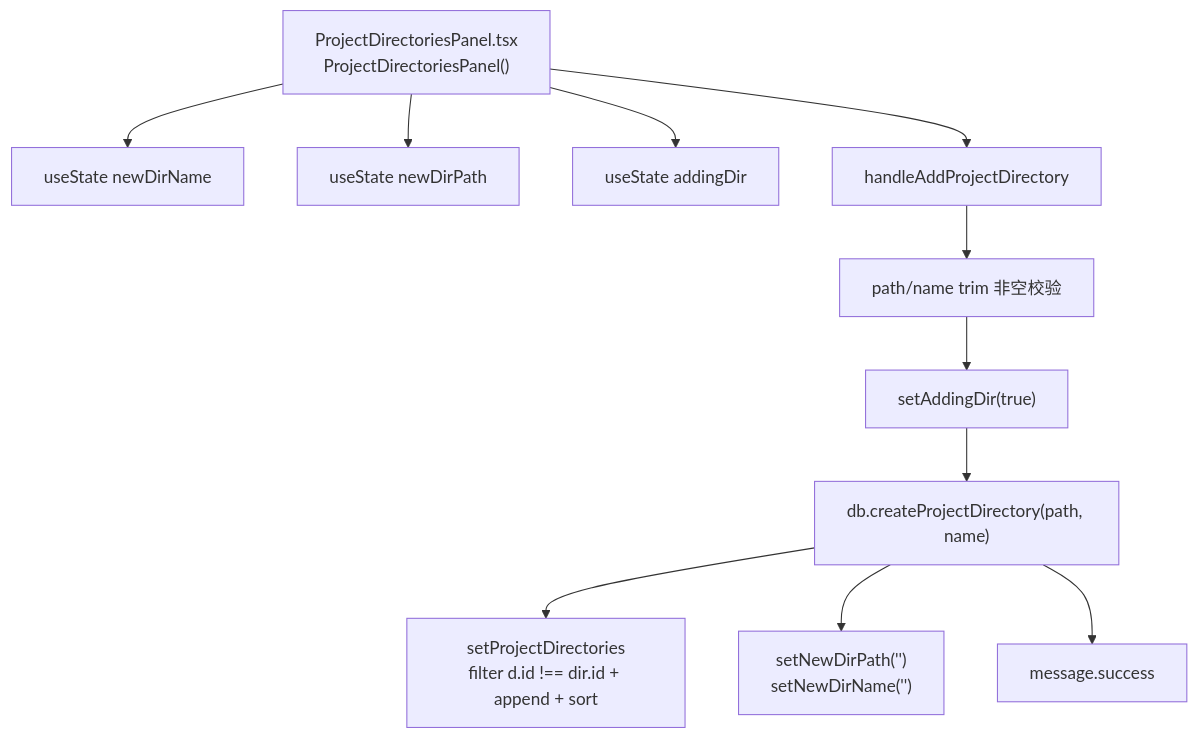
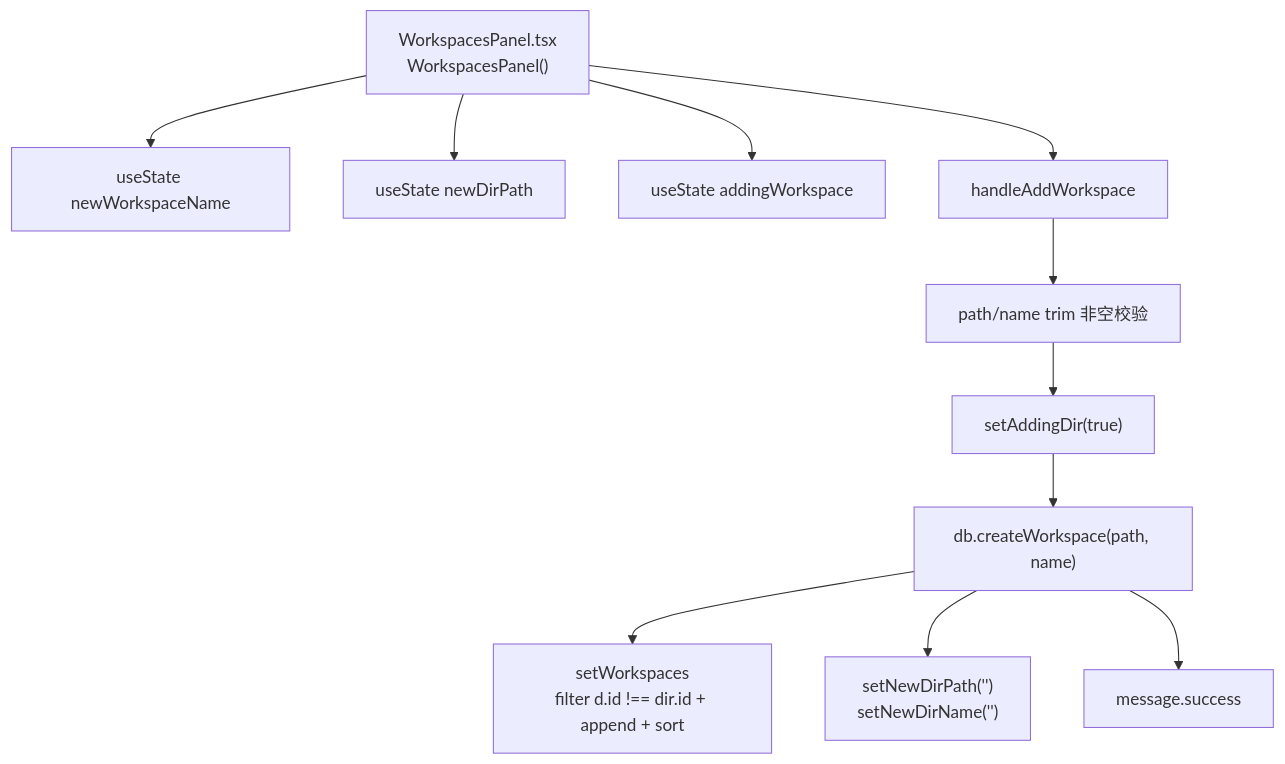
Before and after one commit to weibaohui/ntd: the second of 4 diagrams in frontend/src/help/pages/ws-add.md, drawn with Mermaid. The commit also changed other lines of this file and 122 other files, not shown here.

First line of the commit message:
refactor(104): 工作空间命名统一——project_directory 全套改为 workspace (#1054)

````diff
--- a/frontend/src/help/pages/ws-add.md
+++ b/frontend/src/help/pages/ws-add.md
@@ -20,13 +20,13 @@
 ```mermaid
 flowchart TD
-  Panel["ProjectDirectoriesPanel.tsx<br>ProjectDirectoriesPanel()"] --> newDirNameState["useState newDirName"]
+  Panel["WorkspacesPanel.tsx<br>WorkspacesPanel()"] --> newWorkspaceNameState["useState newWorkspaceName"]
   Panel --> newDirPathState["useState newDirPath"]
-  Panel --> addingDirState["useState addingDir"]
-  Panel --> handleAddProjectDirectory["handleAddProjectDirectory"]
-  handleAddProjectDirectory --> trimCheck["path/name trim 非空校验"]
+  Panel --> addingWorkspaceState["useState addingWorkspace"]
+  Panel --> handleAddWorkspace["handleAddWorkspace"]
+  handleAddWorkspace --> trimCheck["path/name trim 非空校验"]
   trimCheck --> setAddingDir["setAddingDir(true)"]
-  setAddingDir --> db1["db.createProjectDirectory(path, name)"]
-  db1 --> setProjectDirectories["setProjectDirectories<br>filter d.id !== dir.id + append + sort"]
+  setAddingDir --> db1["db.createWorkspace(path, name)"]
+  db1 --> setWorkspaces["setWorkspaces<br>filter d.id !== dir.id + append + sort"]
   db1 --> resetInputs["setNewDirPath('')<br>setNewDirName('')"]
   db1 --> messageSuccess["message.success"]
 ```
````
